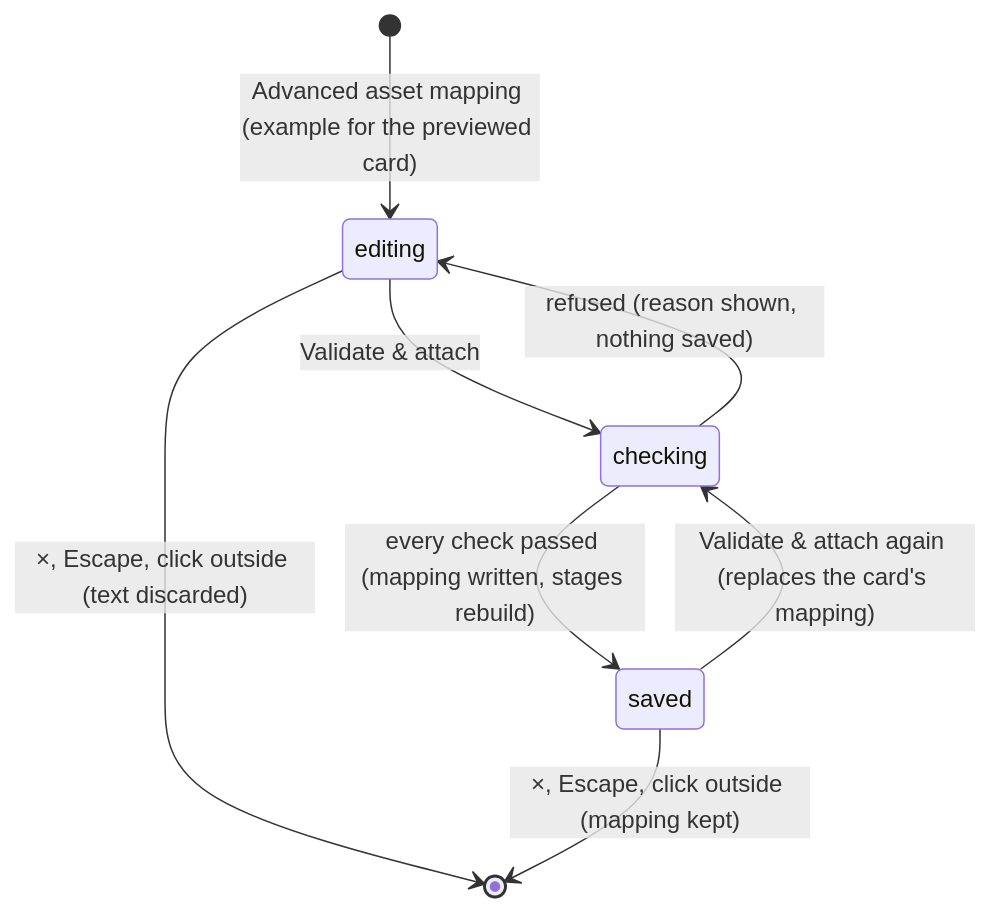
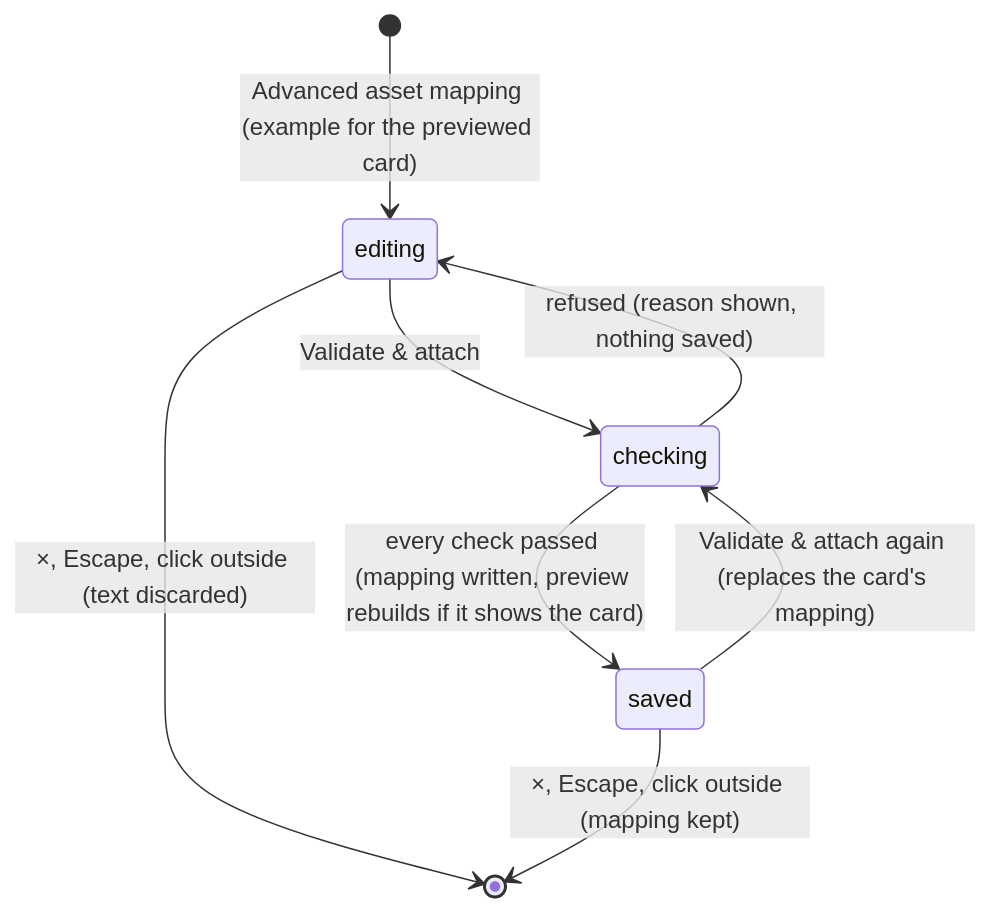
Before and after one commit to DougZeThug/Will-You-Be-My-Hero-Arena: the diagram in docs/product-description/collection/asset-mapping.md, drawn with Mermaid. The commit also changed other lines of this file and 35 other files, not shown here.

````diff
--- a/docs/product-description/collection/asset-mapping.md
+++ b/docs/product-description/collection/asset-mapping.md
@@ -26,10 +26,10 @@
 ```mermaid
 stateDiagram-v2
     [*] --> editing : Advanced asset mapping (example for the previewed card)
     editing --> checking : Validate & attach
     checking --> editing : refused (reason shown, nothing saved)
-    checking --> saved : every check passed (mapping written, stages rebuild)
+    checking --> saved : every check passed (mapping written, preview rebuilds if it shows the card)
     saved --> checking : Validate & attach again (replaces the card's mapping)
     editing --> [*] : ×, Escape, click outside (text discarded)
     saved --> [*] : ×, Escape, click outside (mapping kept)
 ```
````
